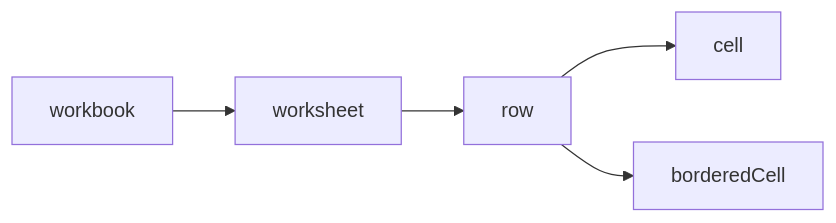
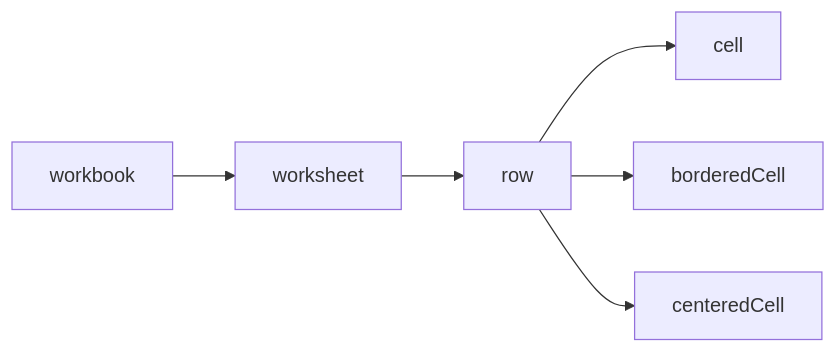
The diagram in packages/excel/README.md (composize/composize), drawn with Mermaid before and after one commit.

````diff
--- a/packages/excel/README.md
+++ b/packages/excel/README.md
@@ -49,7 +49,8 @@
 ```mermaid
 graph LR
     workbook --> worksheet
     worksheet --> row
     row --> cell
     row --> borderedCell
+    row --> centeredCell
 ```
````
